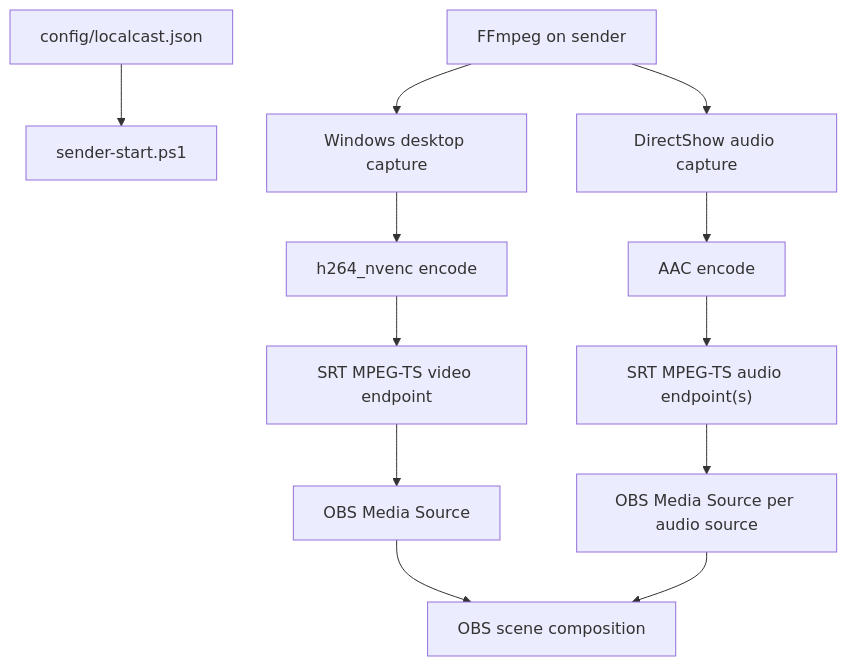
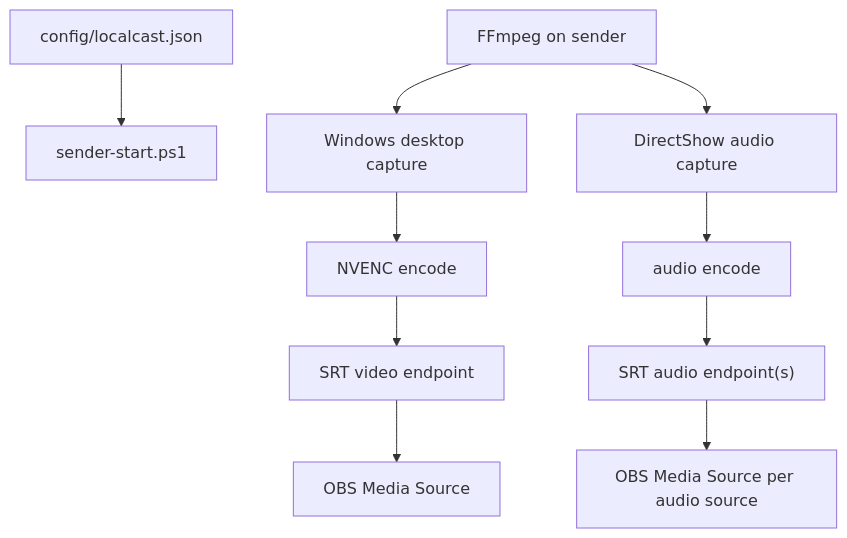
One commit to GameCult/Mimir changed the second of 2 diagrams in notes/current-system-map.md. Above: the diagram before and after it, drawn with Mermaid. The commit also changed other lines of this file and 190 other files, not shown here.

````diff
--- a/notes/current-system-map.md
+++ b/notes/current-system-map.md
@@ -80,14 +66,12 @@
 ```mermaid
 flowchart TD
     A["config/localcast.json"] --> B["sender-start.ps1"]
     C["FFmpeg on sender"] --> D["Windows desktop capture"]
     C --> E["DirectShow audio capture"]
-    D --> F["h264_nvenc encode"]
-    E --> G["AAC encode"]
-    F --> H["SRT MPEG-TS video endpoint"]
-    G --> I["SRT MPEG-TS audio endpoint(s)"]
+    D --> F["NVENC encode"]
+    E --> G["audio encode"]
+    F --> H["SRT video endpoint"]
+    G --> I["SRT audio endpoint(s)"]
     H --> J["OBS Media Source"]
     I --> K["OBS Media Source per audio source"]
-    J --> L["OBS scene composition"]
-    K --> L
 ```
````
